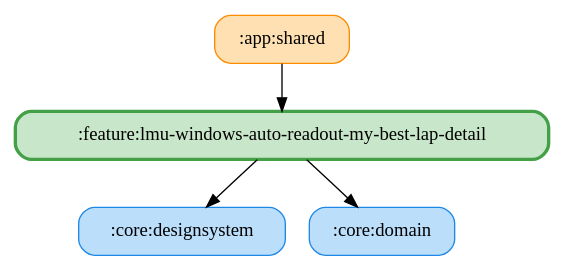
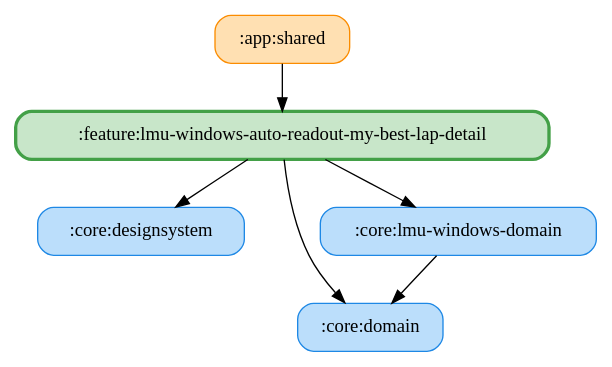
The diagram in docs/graphs/feature-lmu-windows-auto-readout-my-best-lap-detail.gv (ai-kurou/KoDriver), drawn with Graphviz before and after one commit. The commit also changed 46 other files, not shown here.

Commit message:
chore: update module graph images

```diff
--- a/docs/graphs/feature-lmu-windows-auto-readout-my-best-lap-detail.gv
+++ b/docs/graphs/feature-lmu-windows-auto-readout-my-best-lap-detail.gv
@@ -1,11 +1,14 @@
 digraph G {
   rankdir=TB
   node [shape=box, style="rounded,filled"]
   ":app:shared" [fillcolor="#FFE0B2", color="#FB8C00", penwidth=1]
   ":core:designsystem" [fillcolor="#BBDEFB", color="#1E88E5", penwidth=1]
   ":core:domain" [fillcolor="#BBDEFB", color="#1E88E5", penwidth=1]
+  ":core:lmu-windows-domain" [fillcolor="#BBDEFB", color="#1E88E5", penwidth=1]
   ":feature:lmu-windows-auto-readout-my-best-lap-detail" [fillcolor="#C8E6C9", color="#43A047", penwidth=2.5]
   ":app:shared" -> ":feature:lmu-windows-auto-readout-my-best-lap-detail"
+  ":core:lmu-windows-domain" -> ":core:domain"
   ":feature:lmu-windows-auto-readout-my-best-lap-detail" -> ":core:domain"
+  ":feature:lmu-windows-auto-readout-my-best-lap-detail" -> ":core:lmu-windows-domain"
   ":feature:lmu-windows-auto-readout-my-best-lap-detail" -> ":core:designsystem"
 }
```
